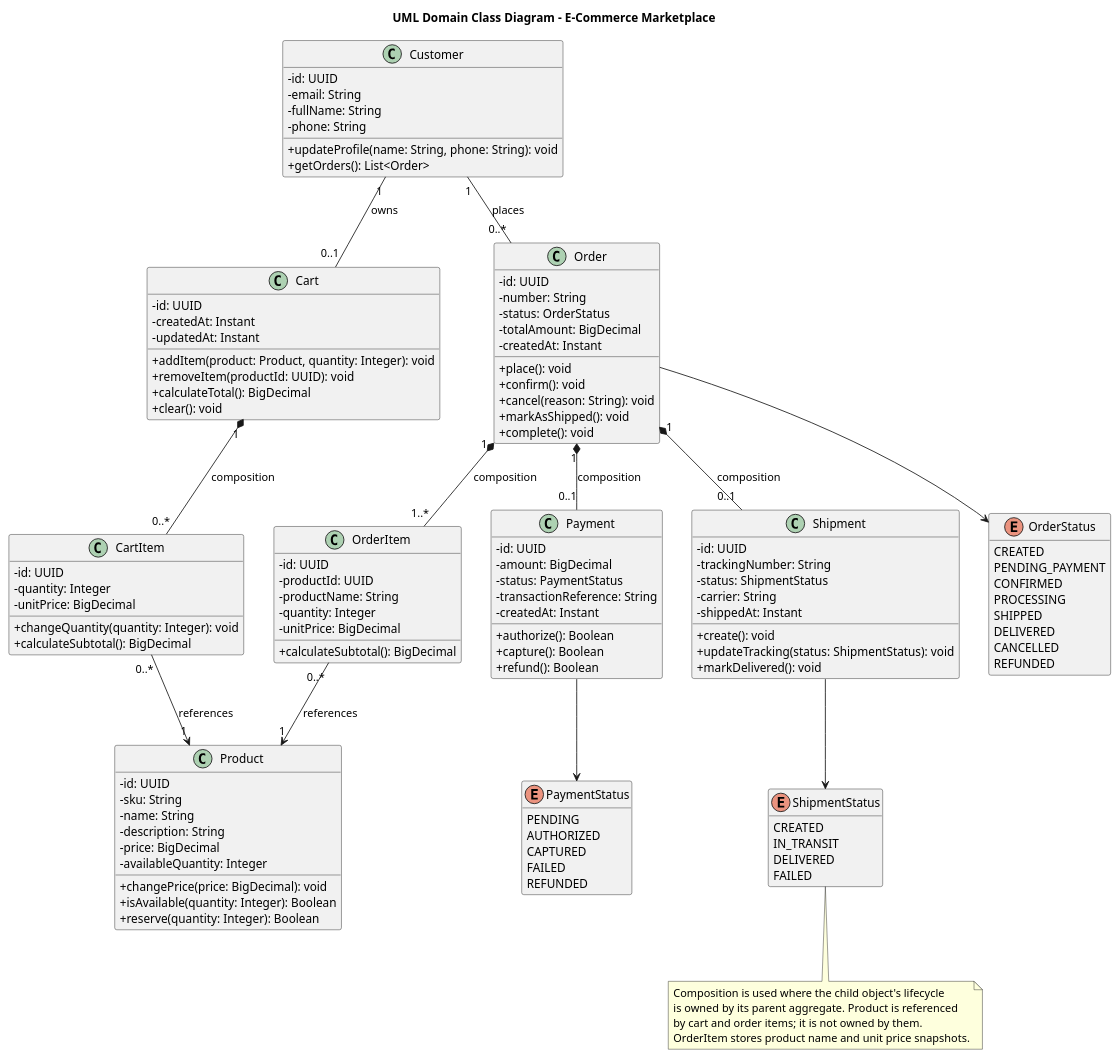
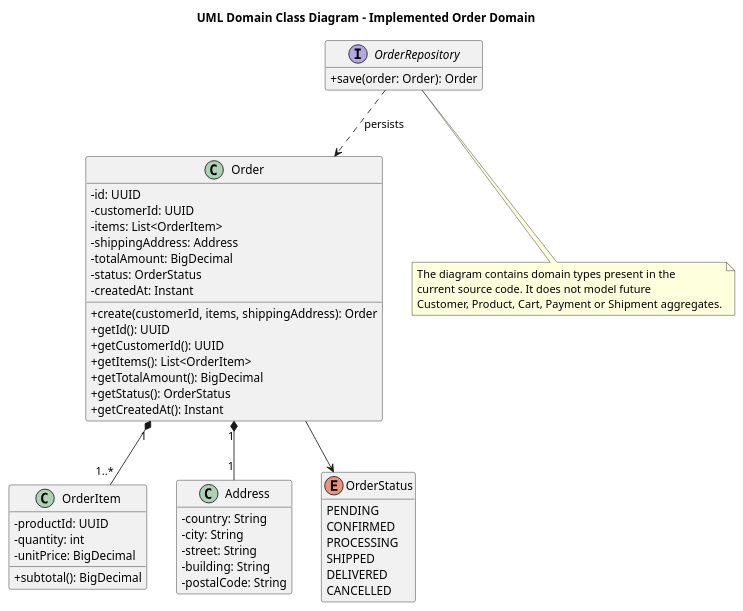
The diagram in docs/diagrams/04_domain_class_diagram.puml (Belckaa/Cloud-Platform), drawn with PlantUML before and after one commit. The commit also changed 13 other files, not shown here.

Commit message:
Complete lab 6: architecture design and deployment

```diff
--- a/docs/diagrams/04_domain_class_diagram.puml
+++ b/docs/diagrams/04_domain_class_diagram.puml
@@ -1,133 +1,61 @@
 @startuml 04_domain_class_diagram
-title UML Domain Class Diagram - E-Commerce Marketplace
+title UML Domain Class Diagram - Implemented Order Domain
 skinparam classAttributeIconSize 0
 hide empty members
 
-class Customer {
-  -id: UUID
-  -email: String
-  -fullName: String
-  -phone: String
-  +updateProfile(name: String, phone: String): void
-  +getOrders(): List<Order>
-}
-
-class Product {
-  -id: UUID
-  -sku: String
-  -name: String
-  -description: String
-  -price: BigDecimal
-  -availableQuantity: Integer
-  +changePrice(price: BigDecimal): void
-  +isAvailable(quantity: Integer): Boolean
-  +reserve(quantity: Integer): Boolean
-}
-
-class Cart {
-  -id: UUID
-  -createdAt: Instant
-  -updatedAt: Instant
-  +addItem(product: Product, quantity: Integer): void
-  +removeItem(productId: UUID): void
-  +calculateTotal(): BigDecimal
-  +clear(): void
-}
-
-class CartItem {
-  -id: UUID
-  -quantity: Integer
-  -unitPrice: BigDecimal
-  +changeQuantity(quantity: Integer): void
-  +calculateSubtotal(): BigDecimal
-}
-
 class Order {
   -id: UUID
-  -number: String
+  -customerId: UUID
+  -items: List<OrderItem>
+  -shippingAddress: Address
+  -totalAmount: BigDecimal
   -status: OrderStatus
-  -totalAmount: BigDecimal
   -createdAt: Instant
-  +place(): void
-  +confirm(): void
-  +cancel(reason: String): void
-  +markAsShipped(): void
-  +complete(): void
+  +create(customerId, items, shippingAddress): Order
+  +getId(): UUID
+  +getCustomerId(): UUID
+  +getItems(): List<OrderItem>
+  +getTotalAmount(): BigDecimal
+  +getStatus(): OrderStatus
+  +getCreatedAt(): Instant
 }
 
 class OrderItem {
-  -id: UUID
   -productId: UUID
-  -productName: String
-  -quantity: Integer
+  -quantity: int
   -unitPrice: BigDecimal
-  +calculateSubtotal(): BigDecimal
+  +subtotal(): BigDecimal
 }
 
-class Payment {
-  -id: UUID
-  -amount: BigDecimal
-  -status: PaymentStatus
-  -transactionReference: String
-  -createdAt: Instant
-  +authorize(): Boolean
-  +capture(): Boolean
-  +refund(): Boolean
-}
-
-class Shipment {
-  -id: UUID
-  -trackingNumber: String
-  -status: ShipmentStatus
-  -carrier: String
-  -shippedAt: Instant
-  +create(): void
-  +updateTracking(status: ShipmentStatus): void
-  +markDelivered(): void
+class Address {
+  -country: String
+  -city: String
+  -street: String
+  -building: String
+  -postalCode: String
 }
 
 enum OrderStatus {
-  CREATED
-  PENDING_PAYMENT
+  PENDING
   CONFIRMED
   PROCESSING
   SHIPPED
   DELIVERED
   CANCELLED
-  REFUNDED
 }
 
-enum PaymentStatus {
-  PENDING
-  AUTHORIZED
-  CAPTURED
-  FAILED
-  REFUNDED
+interface OrderRepository {
+  +save(order: Order): Order
 }
 
-enum ShipmentStatus {
-  CREATED
-  IN_TRANSIT
-  DELIVERED
-  FAILED
-}
-
-Customer "1" -- "0..1" Cart : owns
-Customer "1" -- "0..*" Order : places
-Cart "1" *-- "0..*" CartItem : composition
-CartItem "0..*" --> "1" Product : references
-Order "1" *-- "1..*" OrderItem : composition
-OrderItem "0..*" --> "1" Product : references
-Order "1" *-- "0..1" Payment : composition
-Order "1" *-- "0..1" Shipment : composition
+Order "1" *-- "1..*" OrderItem
+Order "1" *-- "1" Address
 Order --> OrderStatus
-Payment --> PaymentStatus
-Shipment --> ShipmentStatus
+OrderRepository ..> Order : persists
 
 note bottom
-Composition is used where the child object's lifecycle
-is owned by its parent aggregate. Product is referenced
-by cart and order items; it is not owned by them.
-OrderItem stores product name and unit price snapshots.
+The diagram contains domain types present in the
+current source code. It does not model future
+Customer, Product, Cart, Payment or Shipment aggregates.
 end note
 @enduml
```
